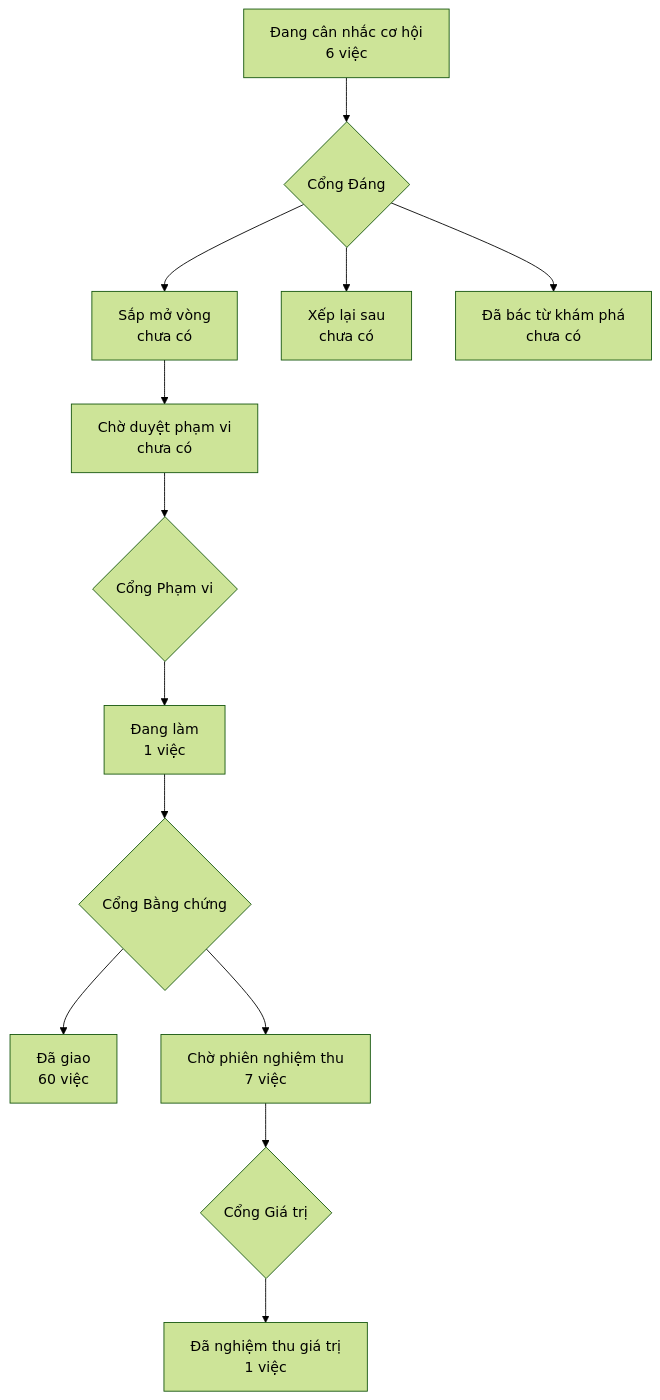
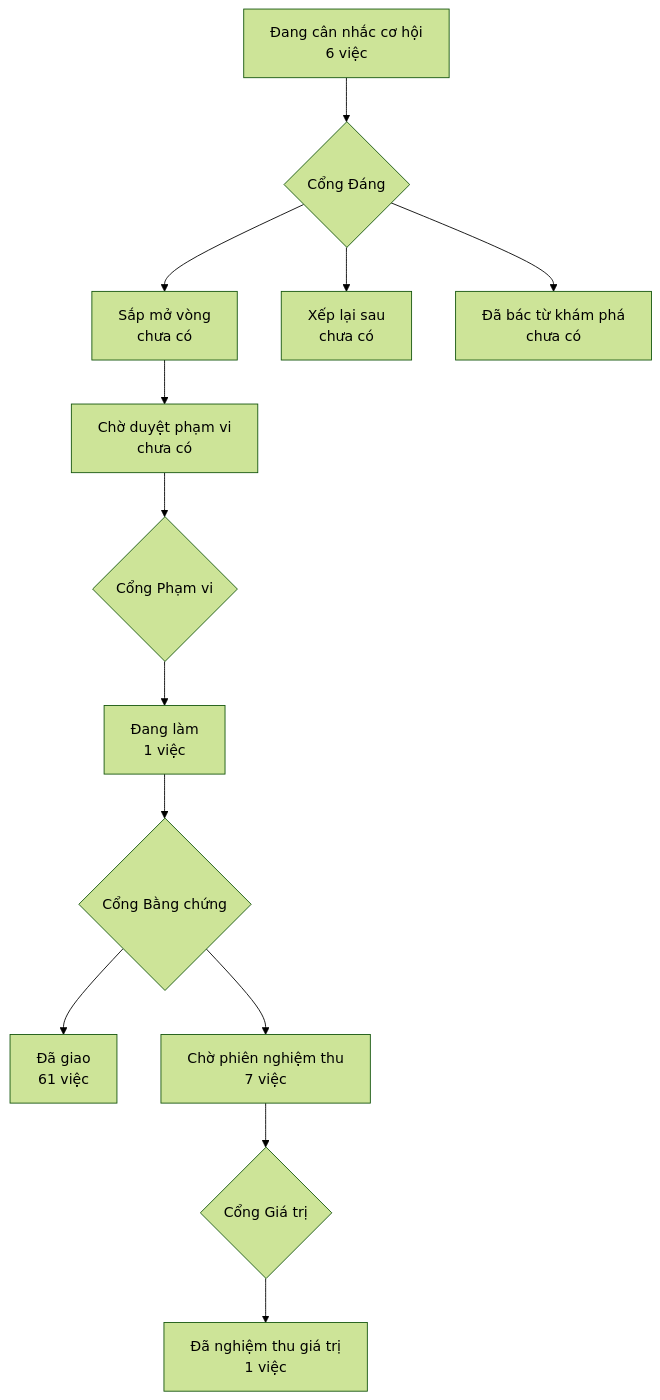
Before and after one commit to phanlemanh/crm-onehub: the diagram in PRODUCT-MAP.md, drawn with Mermaid (forest theme).

Commit message:
chore: ve lai PRODUCT-MAP sau khi gop onehub 35796299

````diff
--- a/PRODUCT-MAP.md
+++ b/PRODUCT-MAP.md
@@ -6,12 +6,12 @@
 ```mermaid
 flowchart TD
   A["Đang cân nhắc cơ hội<br/>6 việc"] --> GD{"Cổng Đáng"}
   GD --> B["Sắp mở vòng<br/>chưa có"]
   GD --> XL["Xếp lại sau<br/>chưa có"]
   GD --> DB["Đã bác từ khám phá<br/>chưa có"]
   B --> CD["Chờ duyệt phạm vi<br/>chưa có"] --> GP{"Cổng Phạm vi"}
   GP --> DL["Đang làm<br/>1 việc"] --> GB{"Cổng Bằng chứng"}
-  GB --> DG["Đã giao<br/>60 việc"]
+  GB --> DG["Đã giao<br/>61 việc"]
   GB --> CN["Chờ phiên nghiệm thu<br/>7 việc"] --> GG{"Cổng Giá trị"}
   GG --> NT["Đã nghiệm thu giá trị<br/>1 việc"]
 ```
````
